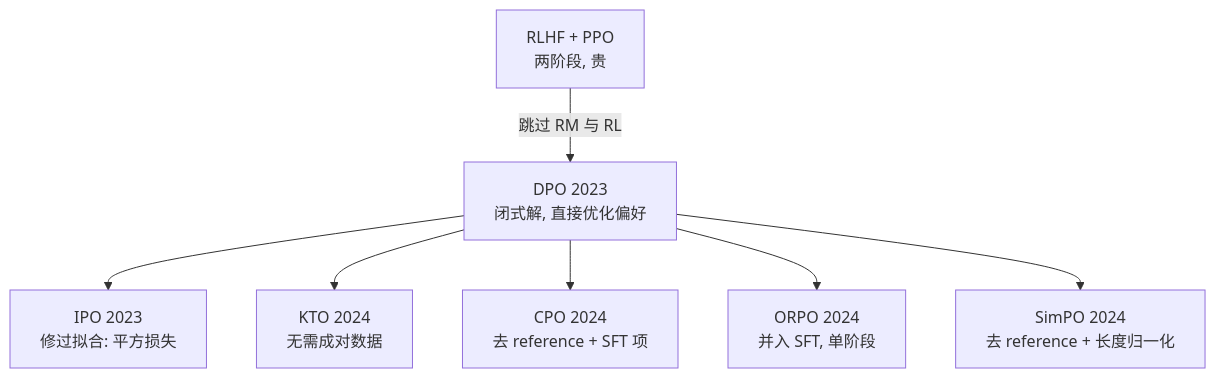
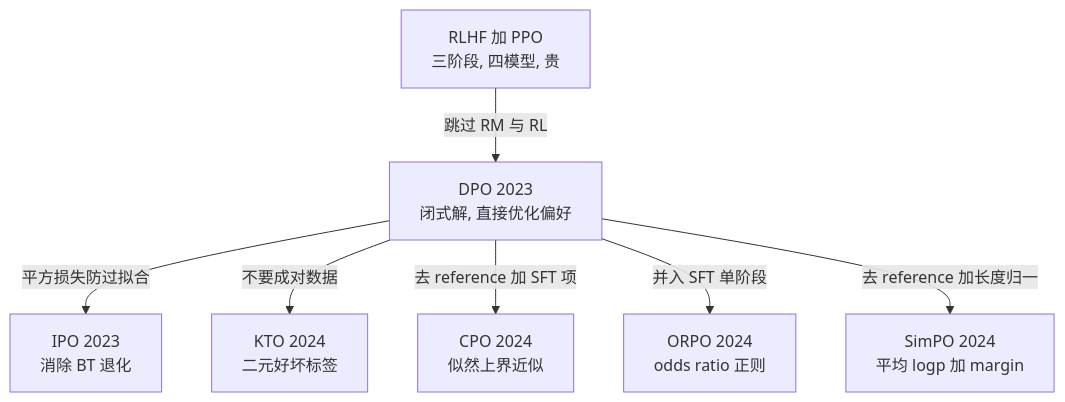
The first of 2 diagrams in docs/dpo/index.md (zhoujx4/llm-atlas), drawn with Mermaid before and after one commit. The commit also changed other lines of this file and 226 other files, not shown here.

````diff
--- a/docs/dpo/index.md
+++ b/docs/dpo/index.md
@@ -15,9 +21,9 @@
 ```mermaid
 flowchart TD
-    RLHF[RLHF + PPO<br/>两阶段, 贵] -->|跳过 RM 与 RL| DPO[DPO 2023<br/>闭式解, 直接优化偏好]
-    DPO --> IPO[IPO 2023<br/>修过拟合: 平方损失]
-    DPO --> KTO[KTO 2024<br/>无需成对数据]
-    DPO --> CPO[CPO 2024<br/>去 reference + SFT 项]
-    DPO --> ORPO[ORPO 2024<br/>并入 SFT, 单阶段]
-    DPO --> SIMPO[SimPO 2024<br/>去 reference + 长度归一化]
+    RLHF[RLHF 加 PPO<br/>三阶段, 四模型, 贵] -->|跳过 RM 与 RL| DPO[DPO 2023<br/>闭式解, 直接优化偏好]
+    DPO -->|平方损失防过拟合| IPO[IPO 2023<br/>消除 BT 退化]
+    DPO -->|不要成对数据| KTO[KTO 2024<br/>二元好坏标签]
+    DPO -->|去 reference 加 SFT 项| CPO[CPO 2024<br/>似然上界近似]
+    DPO -->|并入 SFT 单阶段| ORPO[ORPO 2024<br/>odds ratio 正则]
+    DPO -->|去 reference 加长度归一| SIMPO[SimPO 2024<br/>平均 logp 加 margin]
 ```
````
